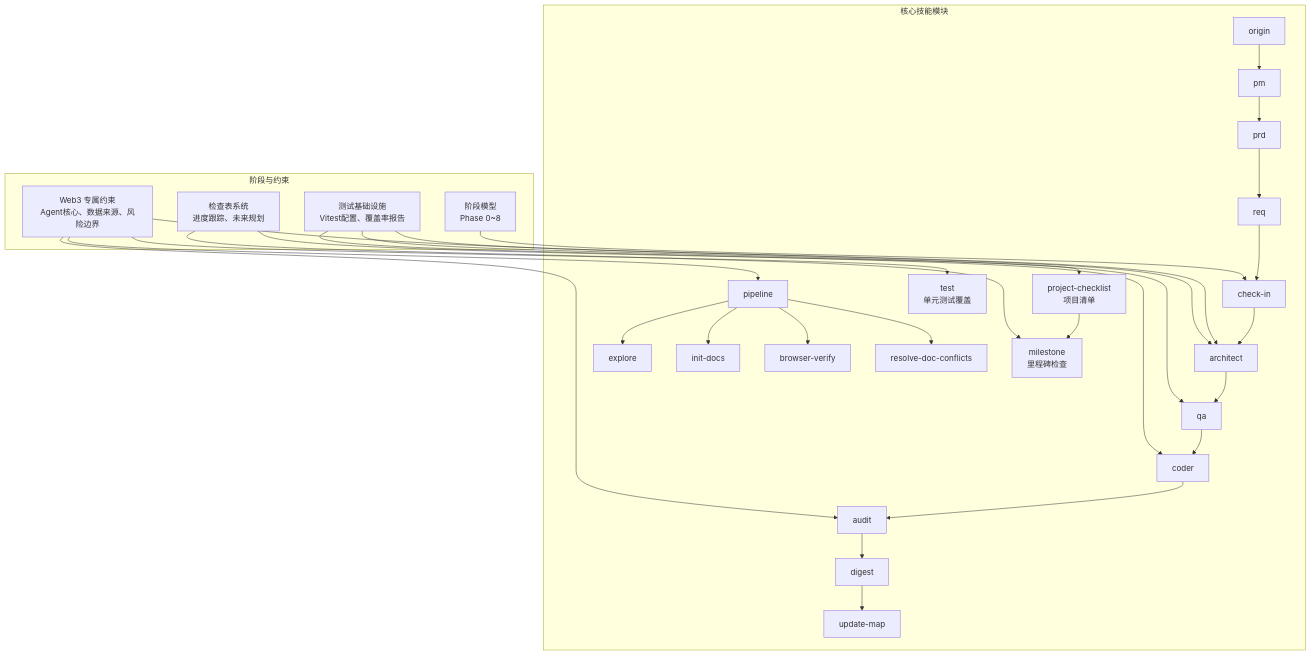
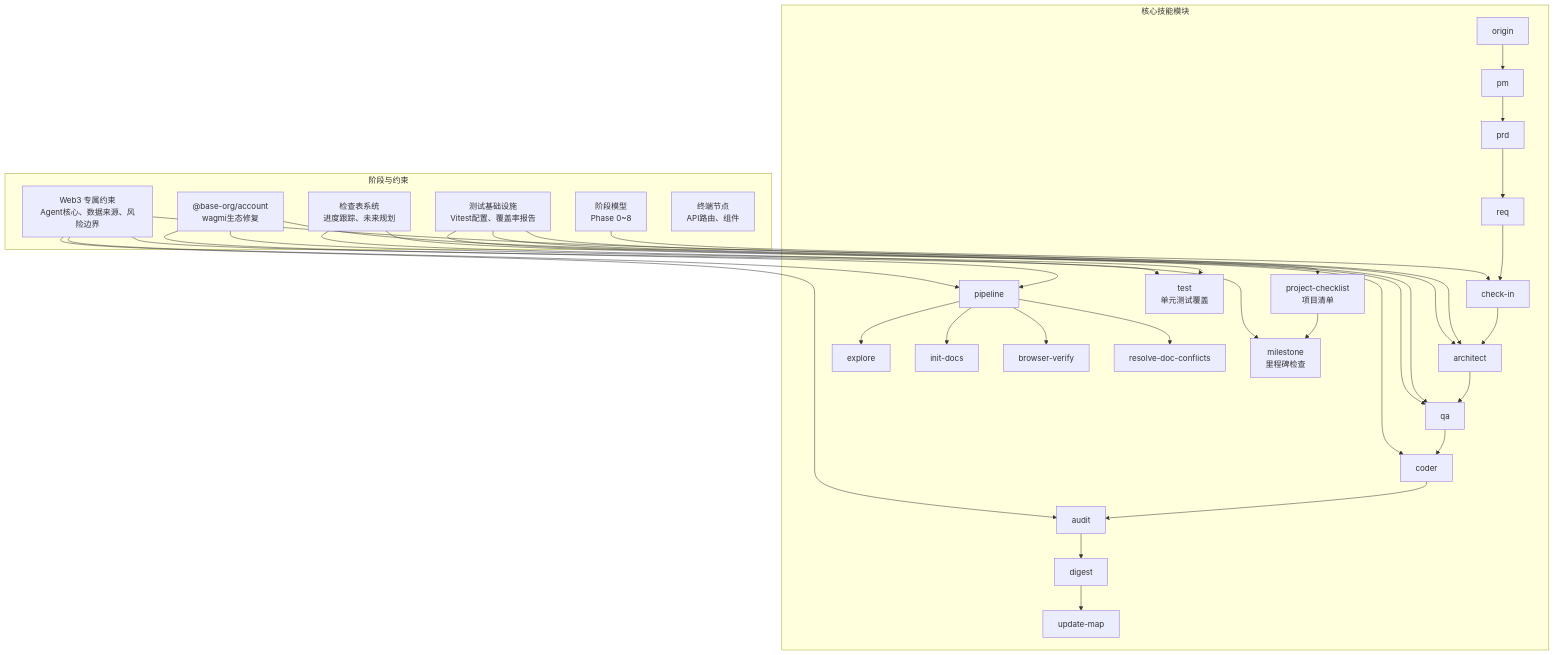
One commit to CryptoLinxu/Web3-AI-Agent changed the second of 6 diagrams in .qoder/repowiki/zh/content/项目概述/项目概述.md. Above: the diagram before and after it, drawn with Mermaid. The commit also changed other lines of this file and 4 other files, not shown here.

````diff
--- a/.qoder/repowiki/zh/content/项目概述/项目概述.md
+++ b/.qoder/repowiki/zh/content/项目概述/项目概述.md
@@ -168,46 +175,51 @@
 ```mermaid
 graph TB
 subgraph "阶段与约束"
 PHASES["阶段模型<br/>Phase 0~8"]
 WEB3_CONSTRAINTS["Web3 专属约束<br/>Agent核心、数据来源、风险边界"]
 CHECKLIST_SYSTEM["检查表系统<br/>进度跟踪、未来规划"]
 TEST_INFRASTRUCTURE["测试基础设施<br/>Vitest配置、覆盖率报告"]
+BASE_ACCOUNT["@base-org/account<br/>wagmi生态修复"]
+ENDPOINT["终端节点<br/>API路由、组件"]
 end
 subgraph "核心技能模块"
 ORG["origin"]
 PM["pm"]
 REQ["req"]
 PRD["prd"]
 CHECKIN["check-in"]
 ARCH["architect"]
 QA["qa"]
 CODER["coder"]
 AUDIT["audit"]
 DIGEST["digest"]
 UPDATE["update-map"]
 PIPE["pipeline"]
 EXPLORE["explore"]
 INIT["init-docs"]
 VER["browser-verify"]
 RES["resolve-doc-conflicts"]
 TEST["test<br/>单元测试覆盖"]
 CHECKLIST["project-checklist<br/>项目清单"]
 MILESTONE["milestone<br/>里程碑检查"]
 end
 PHASES --> CHECKIN
 WEB3_CONSTRAINTS --> ARCH
 WEB3_CONSTRAINTS --> AUDIT
 WEB3_CONSTRAINTS --> PIPE
 WEB3_CONSTRAINTS --> TEST
+BASE_ACCOUNT --> PIPE
+BASE_ACCOUNT --> QA
+BASE_ACCOUNT --> TEST
 CHECKLIST_SYSTEM --> CHECKLIST
 CHECKLIST_SYSTEM --> MILESTONE
 TEST_INFRASTRUCTURE --> QA
 TEST_INFRASTRUCTURE --> CODER
 TEST_INFRASTRUCTURE --> ARCH
 ORG --> PM --> PRD --> REQ --> CHECKIN --> ARCH --> QA --> CODER --> AUDIT --> DIGEST --> UPDATE
 PIPE --> EXPLORE
 PIPE --> INIT
 PIPE --> VER
 PIPE --> RES
 CHECKLIST --> MILESTONE
 ```
````
